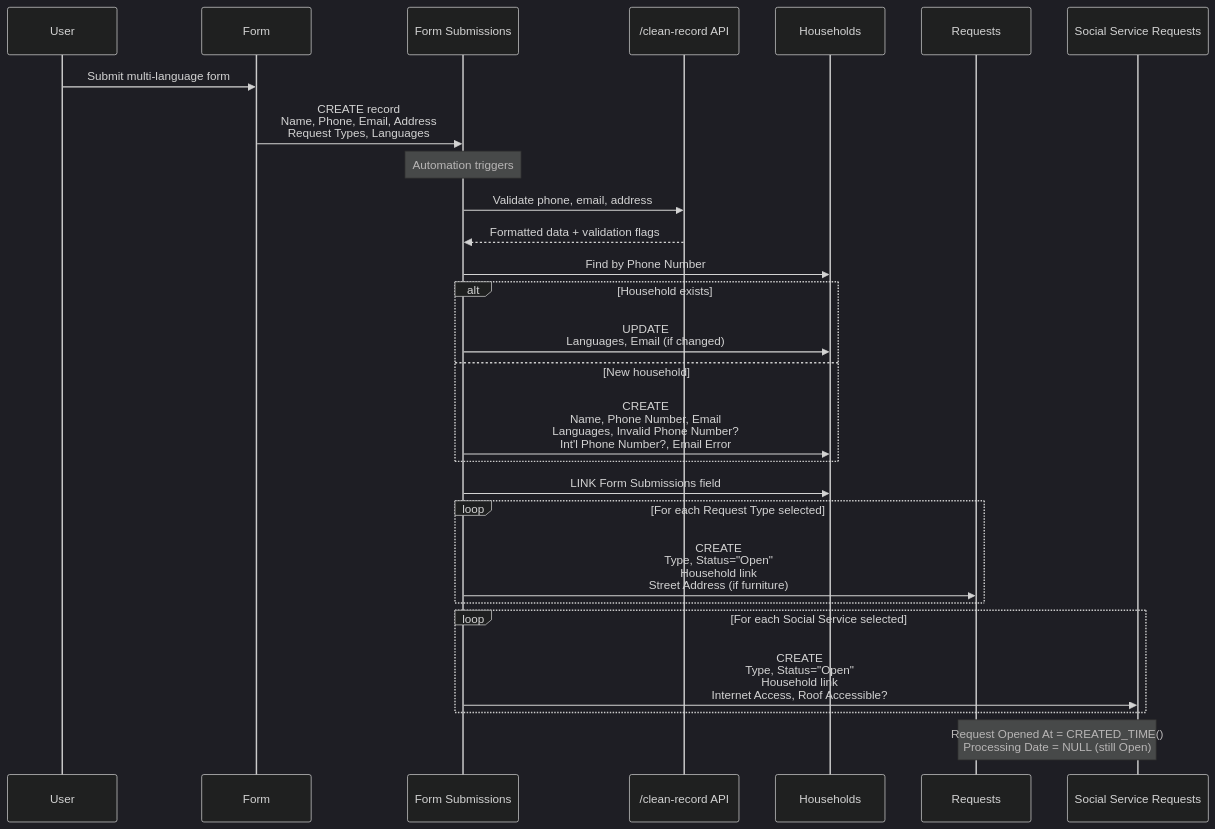
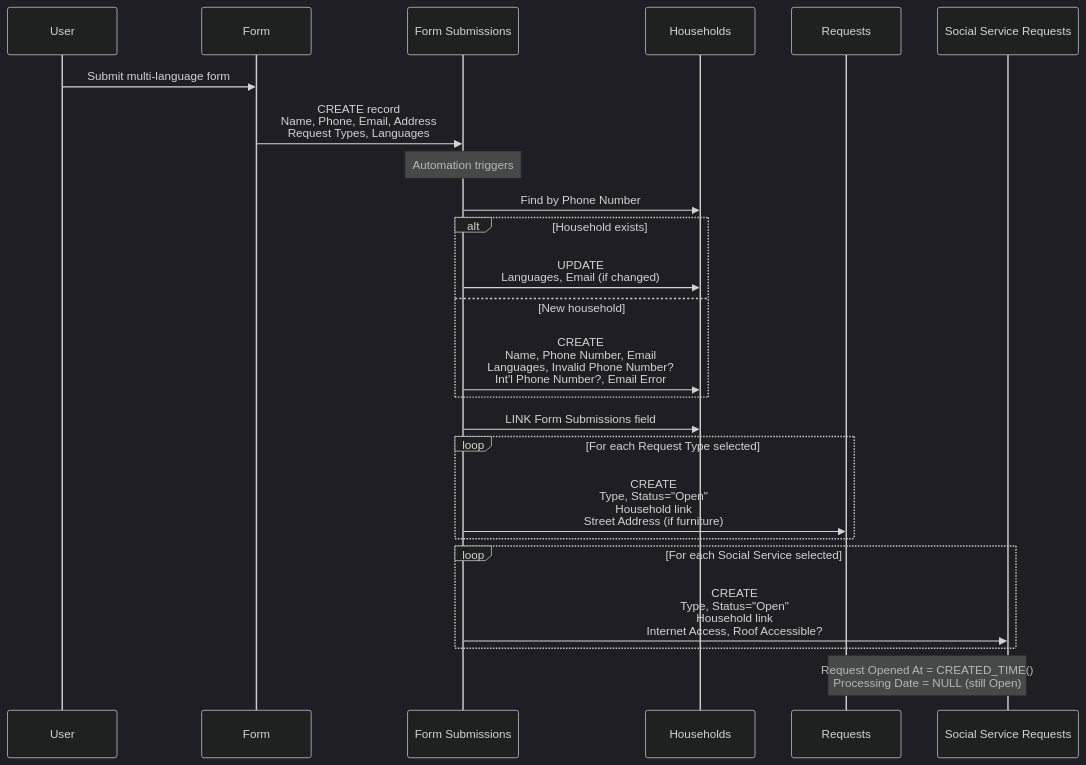
Before and after one commit to bushwickayudamutua/specs: the first of 5 diagrams in bam-mutual-aid-spec.md, drawn with Mermaid (dark theme). The commit also changed other lines of this file, not shown here.

Commit message:
Move sequence diagrams inline with their respective flows

````diff
--- a/bam-mutual-aid-spec.md
+++ b/bam-mutual-aid-spec.md
@@ -353,37 +250,33 @@
 ```mermaid
 sequenceDiagram
     participant User
     participant Form
     participant FormSubmissions as Form Submissions
-    participant CleanAPI as /clean-record API
     participant Households
     participant Requests
     participant SocialServices as Social Service Requests
 
     User->>Form: Submit multi-language form
     Form->>FormSubmissions: CREATE record<br/>Name, Phone, Email, Address<br/>Request Types, Languages
 
     Note over FormSubmissions: Automation triggers
-
-    FormSubmissions->>CleanAPI: Validate phone, email, address
-    CleanAPI-->>FormSubmissions: Formatted data + validation flags
 
     FormSubmissions->>Households: Find by Phone Number
     alt Household exists
         FormSubmissions->>Households: UPDATE<br/>Languages, Email (if changed)
     else New household
         FormSubmissions->>Households: CREATE<br/>Name, Phone Number, Email<br/>Languages, Invalid Phone Number?<br/>Int'l Phone Number?, Email Error
     end
 
     FormSubmissions->>Households: LINK Form Submissions field
 
     loop For each Request Type selected
         FormSubmissions->>Requests: CREATE<br/>Type, Status="Open"<br/>Household link<br/>Street Address (if furniture)
     end
 
     loop For each Social Service selected
         FormSubmissions->>SocialServices: CREATE<br/>Type, Status="Open"<br/>Household link<br/>Internet Access, Roof Accessible?
     end
 
     Note over Requests,SocialServices: Request Opened At = CREATED_TIME()<br/>Processing Date = NULL (still Open)
 ```
````
